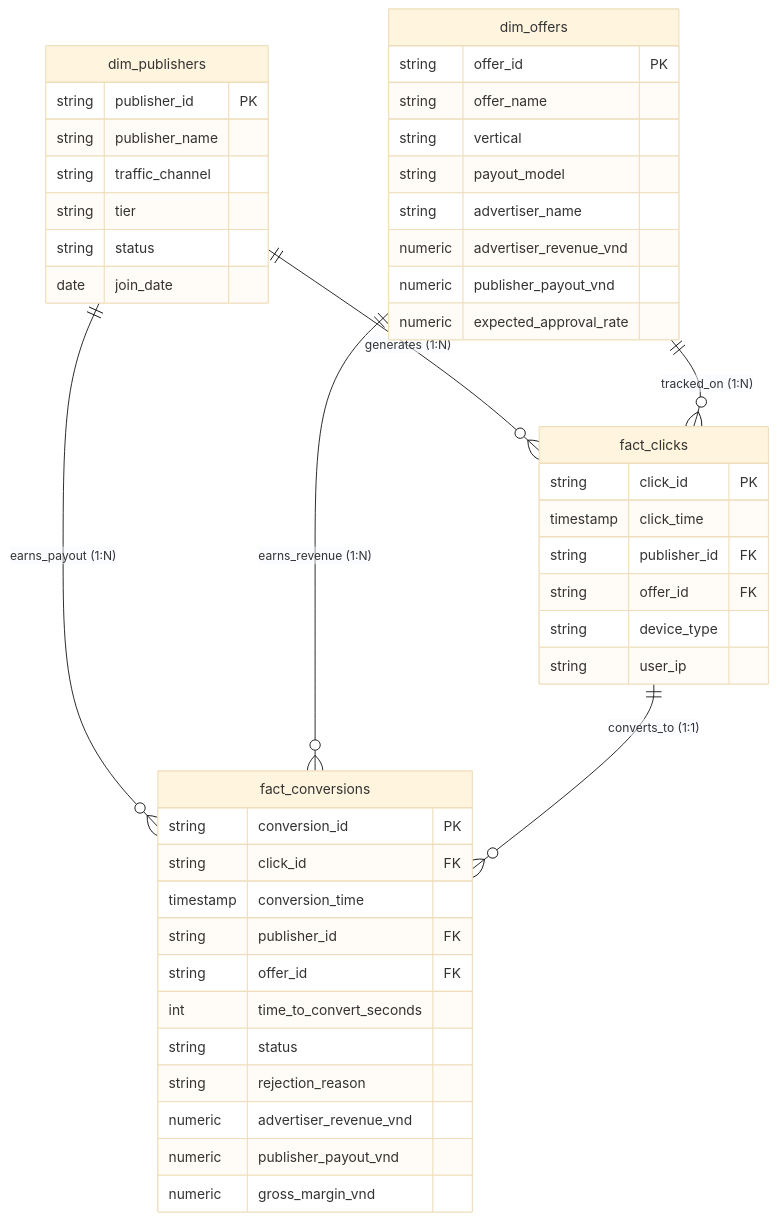
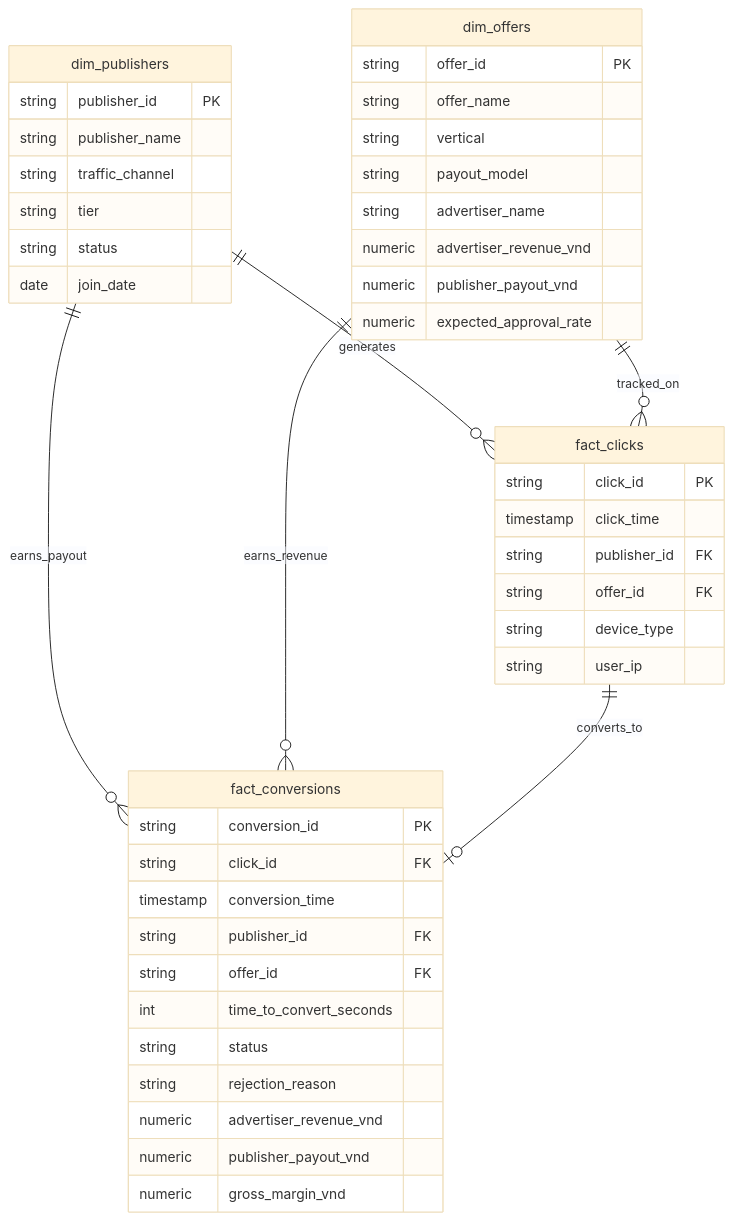
Before and after one commit to ItsVinh-dotcom/Affiliate-Performance-Traffic-Risk-Intelligence-System-AP-TRIS-: the diagram in README.md, drawn with Mermaid (base theme). The commit also changed other lines of this file and 61 other files, not shown here.

````diff
--- a/README.md
+++ b/README.md
@@ -63,51 +57,48 @@
 ```mermaid
 erDiagram
-    dim_publishers ||--o{ fact_clicks : "generates (1:N)"
-    dim_offers ||--o{ fact_clicks : "tracked_on (1:N)"
-    dim_publishers ||--o{ fact_conversions : "earns_payout (1:N)"
-    dim_offers ||--o{ fact_conversions : "earns_revenue (1:N)"
-    fact_clicks ||--o{ fact_conversions : "converts_to (1:1)"
+    dim_publishers ||--o{ fact_clicks : "generates"
+    dim_offers ||--o{ fact_clicks : "tracked_on"
+    dim_publishers ||--o{ fact_conversions : "earns_payout"
+    dim_offers ||--o{ fact_conversions : "earns_revenue"
+    fact_clicks ||--o| fact_conversions : "converts_to"
 
     dim_publishers {
         string publisher_id PK
         string publisher_name
         string traffic_channel
         string tier
         string status
         date join_date
     }
-
     dim_offers {
         string offer_id PK
         string offer_name
         string vertical
         string payout_model
         string advertiser_name
         numeric advertiser_revenue_vnd
         numeric publisher_payout_vnd
         numeric expected_approval_rate
     }
-
     fact_clicks {
         string click_id PK
         timestamp click_time
         string publisher_id FK
         string offer_id FK
         string device_type
         string user_ip
     }
-
     fact_conversions {
         string conversion_id PK
         string click_id FK
         timestamp conversion_time
         string publisher_id FK
         string offer_id FK
         int time_to_convert_seconds
         string status
         string rejection_reason
         numeric advertiser_revenue_vnd
         numeric publisher_payout_vnd
         numeric gross_margin_vnd
     }
 ```
````
